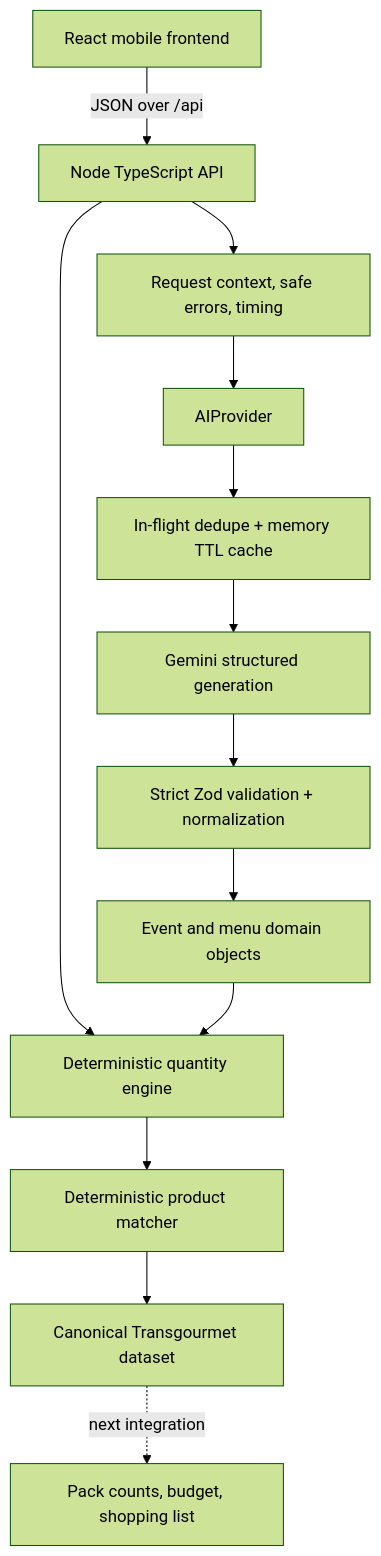
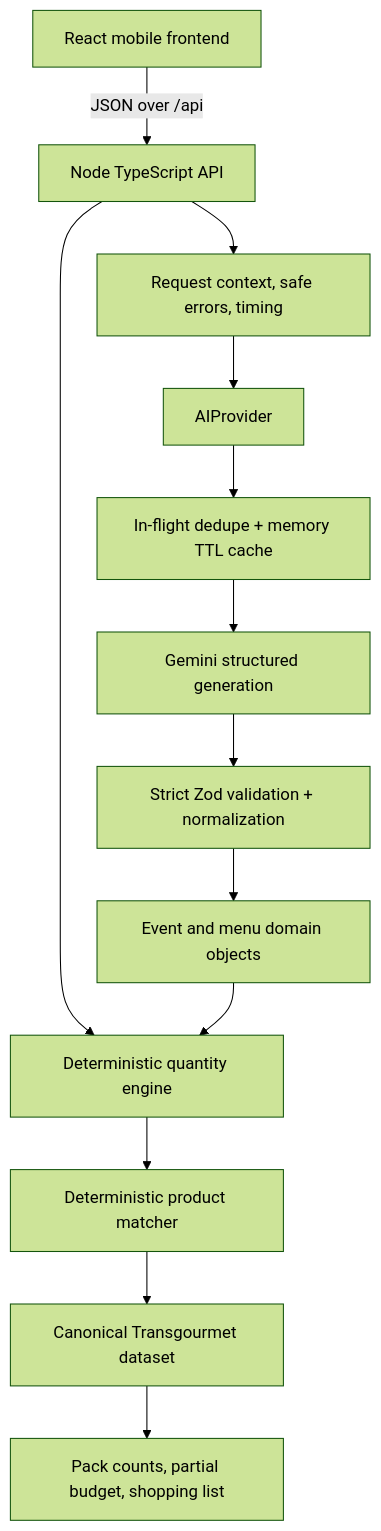
The first of 2 diagrams in docs/ARCHITECTURE.md (farnazkh23/Eventa), drawn with Mermaid (forest theme) before and after one commit. The commit also changed other lines of this file and 27 other files, not shown here.

````diff
--- a/docs/ARCHITECTURE.md
+++ b/docs/ARCHITECTURE.md
@@ -5,15 +5,15 @@
 ```mermaid
 flowchart TD
   UI[React mobile frontend] -->|JSON over /api| API[Node TypeScript API]
   API --> TRACE[Request context, safe errors, timing]
   TRACE --> PROVIDER[AIProvider]
   PROVIDER --> CACHE[In-flight dedupe + memory TTL cache]
   CACHE --> GEMINI[Gemini structured generation]
   GEMINI --> ZOD[Strict Zod validation + normalization]
   ZOD --> DOMAIN[Event and menu domain objects]
   API --> QTY[Deterministic quantity engine]
   DOMAIN --> QTY
   QTY --> MATCHER[Deterministic product matcher]
   MATCHER --> CATALOGUE[Canonical Transgourmet dataset]
-  CATALOGUE -. next integration .-> OUTPUT[Pack counts, budget, shopping list]
+  CATALOGUE --> OUTPUT[Pack counts, partial budget, shopping list]
 ```
````
